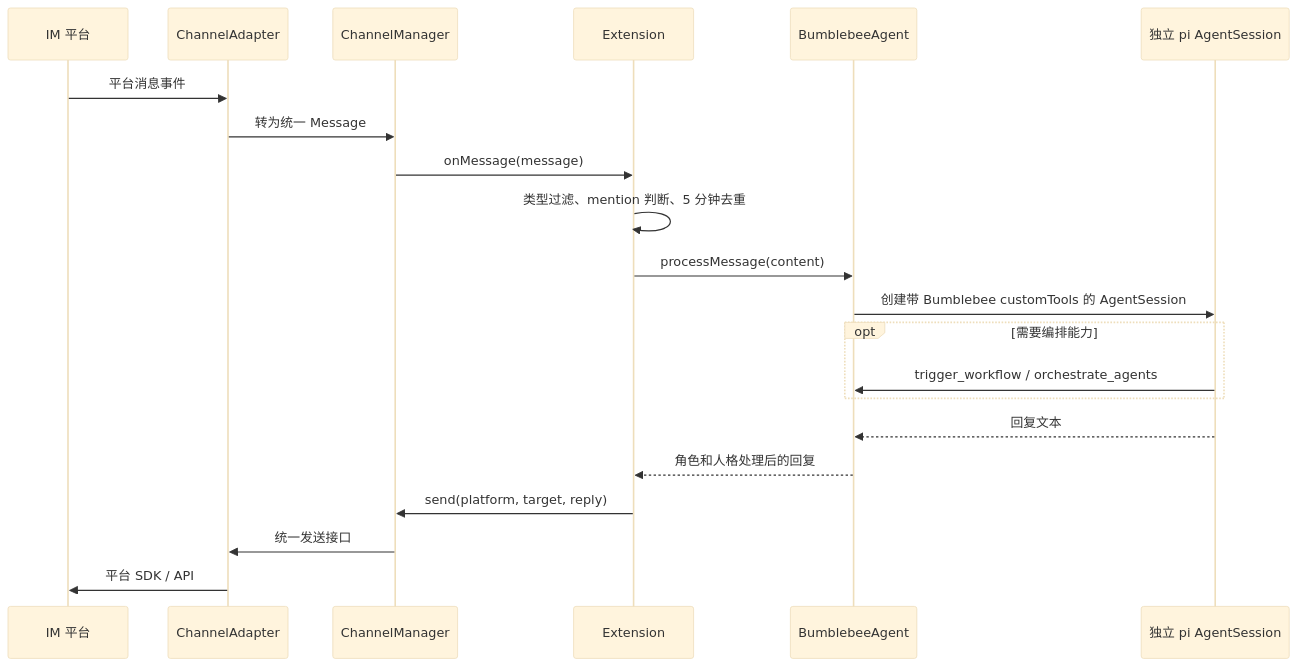
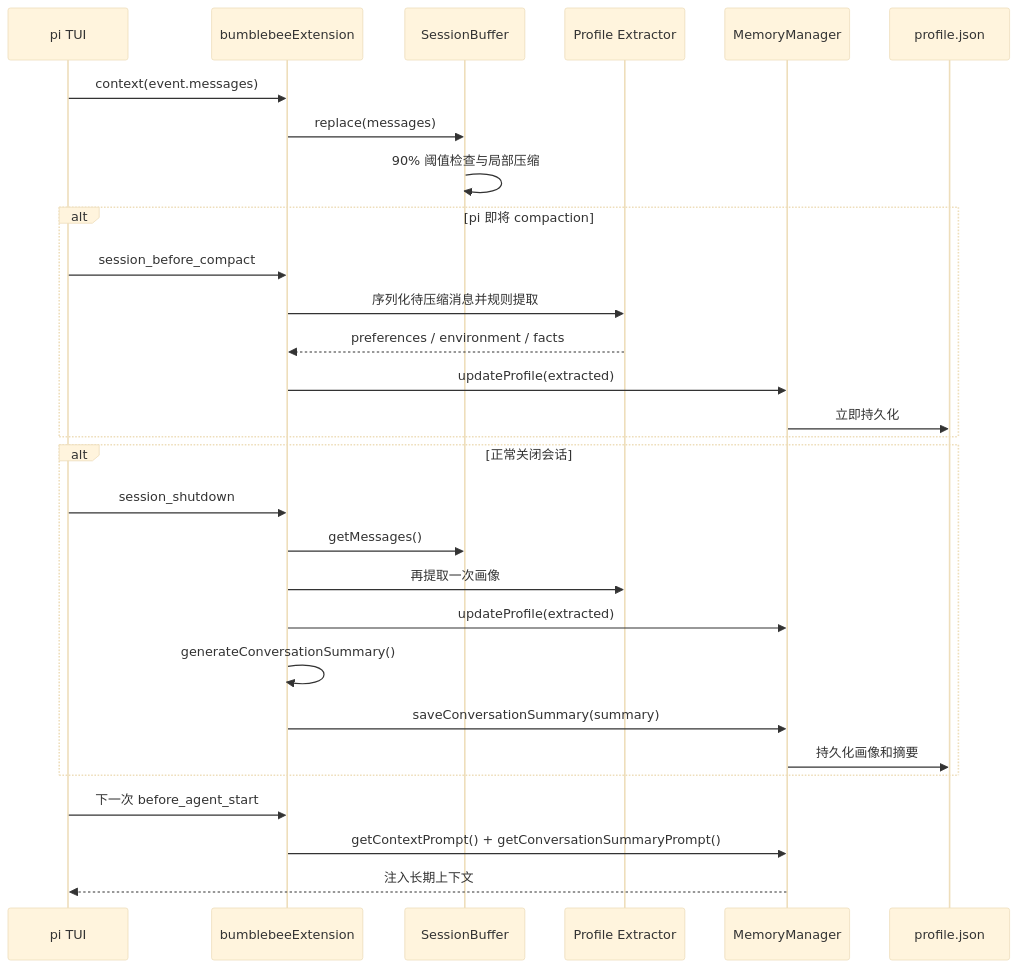
One commit to ReadNULL/Bumblebee changed the fourth of 9 diagrams in docs/interview-guide.md. Above: the diagram before and after it, drawn with Mermaid (base theme). The commit also changed other lines of this file and 5 other files, not shown here.

````diff
--- a/docs/interview-guide.md
+++ b/docs/interview-guide.md
@@ -140,24 +279,35 @@
 ```mermaid
 sequenceDiagram
-    participant P as IM 平台
-    participant Adapter as ChannelAdapter
-    participant CM as ChannelManager
-    participant EXT as Extension
-    participant BA as BumblebeeAgent
-    participant PI as 独立 pi AgentSession
+    participant PI as pi TUI
+    participant EXT as bumblebeeExtension
+    participant BUF as SessionBuffer
+    participant EX as Profile Extractor
+    participant MM as MemoryManager
+    participant FS as profile.json
 
-    P->>Adapter: 平台消息事件
-    Adapter->>CM: 转为统一 Message
-    CM->>EXT: onMessage(message)
-    EXT->>EXT: 类型过滤、mention 判断、5 分钟去重
-    EXT->>BA: processMessage(content)
-    BA->>PI: 创建带 Bumblebee customTools 的 AgentSession
-    opt 需要编排能力
-        PI->>BA: trigger_workflow / orchestrate_agents
+    PI->>EXT: context(event.messages)
+    EXT->>BUF: replace(messages)
+    BUF->>BUF: 90% 阈值检查与局部压缩
+
+    alt pi 即将 compaction
+        PI->>EXT: session_before_compact
+        EXT->>EX: 序列化待压缩消息并规则提取
+        EX-->>EXT: preferences / environment / facts
+        EXT->>MM: updateProfile(extracted)
+        MM->>FS: 立即持久化
     end
-    PI-->>BA: 回复文本
-    BA-->>EXT: 角色和人格处理后的回复
-    EXT->>CM: send(platform, target, reply)
-    CM->>Adapter: 统一发送接口
-    Adapter->>P: 平台 SDK / API
+
+    alt 正常关闭会话
+        PI->>EXT: session_shutdown
+        EXT->>BUF: getMessages()
+        EXT->>EX: 再提取一次画像
+        EXT->>MM: updateProfile(extracted)
+        EXT->>EXT: generateConversationSummary()
+        EXT->>MM: saveConversationSummary(summary)
+        MM->>FS: 持久化画像和摘要
+    end
+
+    PI->>EXT: 下一次 before_agent_start
+    EXT->>MM: getContextPrompt() + getConversationSummaryPrompt()
+    MM-->>PI: 注入长期上下文
 ```
````
